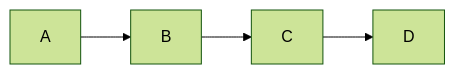
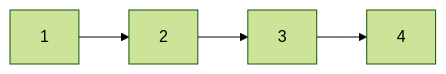
The first of 2 diagrams in Notes/linear & non-linear ds.md (waseemofficial/DSA_Python), drawn with Mermaid (forest theme) before and after one commit. The commit also changed other lines of this file, not shown here.

````diff
--- a/Notes/linear & non-linear ds.md
+++ b/Notes/linear & non-linear ds.md
@@ -8,6 +8,10 @@
 ```mermaid
 graph LR
+    A[1];
+    B[2];
+    C[3];
+    D[4];
     A-->B;
     B-->C;
     C-->D;
 ```
````
